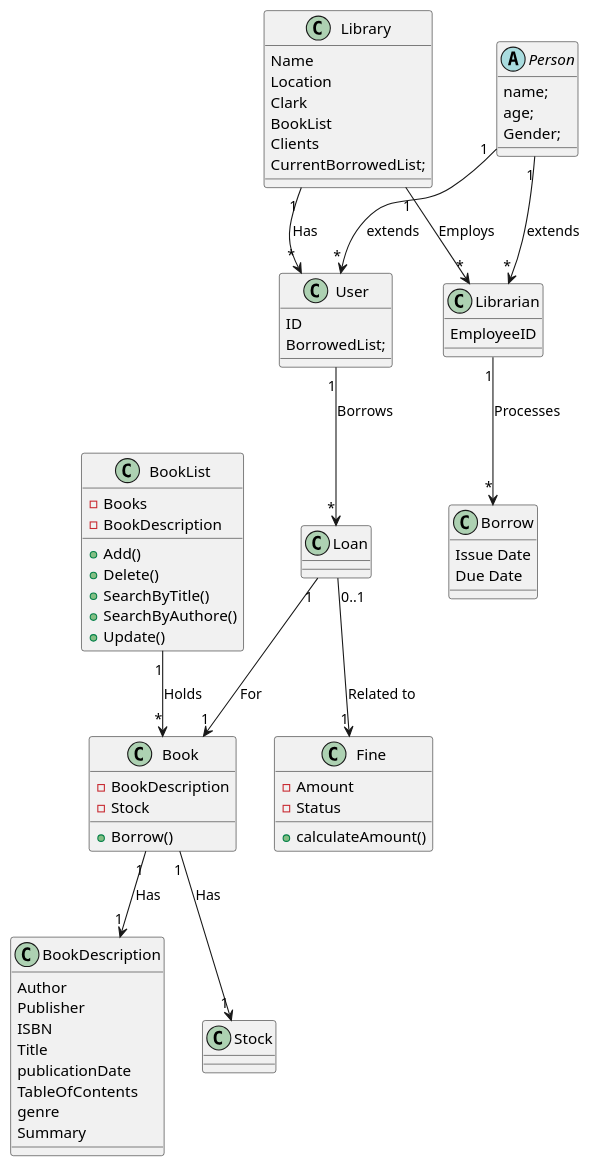
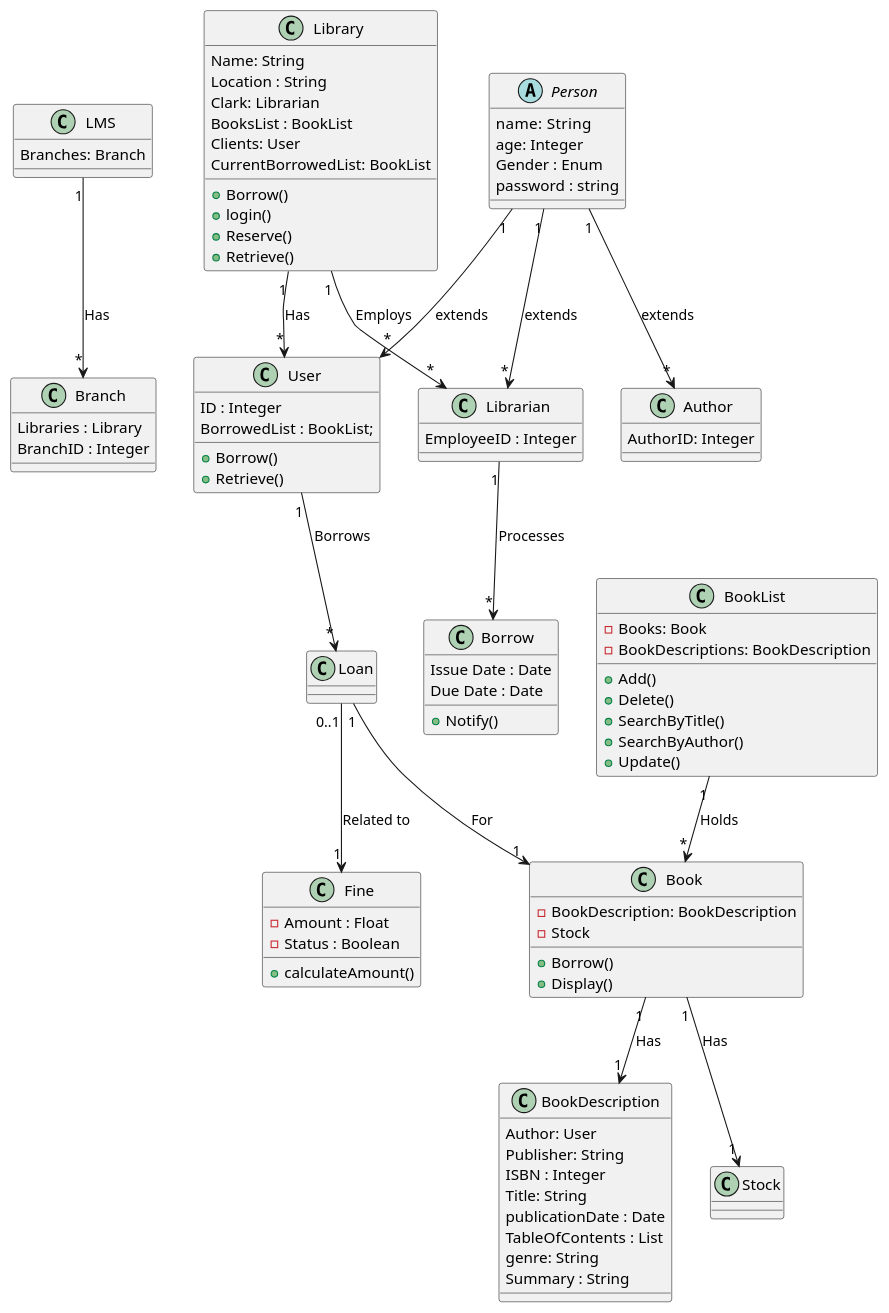
One commit to SalmaAzeem/library-system changed the diagram in diagrams/DCD/DCD.puml. Above: the diagram before and after it, drawn with PlantUML.

Commit message:
Structure modification

```diff
--- a/diagrams/DCD/DCD.puml
+++ b/diagrams/DCD/DCD.puml
@@ -1,74 +1,101 @@
 @startuml
 'https://plantuml.com/class-diagram
-
+class LMS
+{
+Branches: Branch
+}
+class Branch
+{
+ Libraries : Library
+ BranchID : Integer
+}
 class Library {
-  Name
-  Location
-  Clark
-  BookList
-  Clients
-  CurrentBorrowedList;
+  Name: String
+  'Should it be a Library Class cuz it's a physical place?
+  Location : String
+  Clark: Librarian
+  BooksList : BookList
+  Clients: User
+  CurrentBorrowedList: BookList
+   'Takes the info Of the user and the borrowed Books add it to the currentBorrowedBooks
+  + Borrow()
+  + login()
+  + Reserve()
+  + Retrieve()
 }
+'Could have an abstract class to implement the borrow function ?
 class BookList {
-  - Books
-  -BookDescription
+  - Books: Book
+  -BookDescriptions: BookDescription
  + Add()
  + Delete()
  + SearchByTitle()
- + SearchByAuthore()
+ + SearchByAuthor()
  + Update()
 }
 class Book {
- - BookDescription
+ - BookDescription: BookDescription
  - Stock
+ 'Decrement the stock
  + Borrow()
+ + Display()
 
 }
 class BookDescription {
-  Author
-  Publisher
-  ISBN
-  Title
-  publicationDate
-  TableOfContents
-  genre
-  Summary
+  Author: User
+  Publisher: String
+  ISBN : Integer
+  Title: String
+  publicationDate : Date
+  TableOfContents : List
+  genre: String
+  Summary : String
 }
 class User {
-  ID
-  BorrowedList;
-
+  ID : Integer
+  BorrowedList : BookList;
+  'Adds the Book to the user's borrowedList
+  + Borrow()
+  'Remove the book from the user's borrowedList
+  + Retrieve()
 }
-
+'Out of context ?
+class Author{
+AuthorID: Integer
+}
 abstract class Person{
-  name;
-  age;
-  Gender;
+  name:  String
+  age: Integer
+  Gender : Enum
+  password : string
 }
 
 class Librarian {
-     EmployeeID
+     EmployeeID : Integer
 }
 
 class Borrow {
-  Issue Date
-  Due Date
+  Issue Date : Date
+  Due Date : Date
+  + Notify()
 }
 
 class Fine {
-  - Amount
-  - Status
+  - Amount : Float
+  - Status : Boolean
   + calculateAmount()
 }
+LMS "1" --> "*" Branch : Has
 BookList "1" --> "*" Book : Holds
 Book "1" --> "1" BookDescription : Has
 Person "1" -->"*" Librarian : extends
 Person "1" -->"*" User : extends
+Person "1" -->"*" Author : extends
 Library "1" --> "*" User : Has
 Library "1" --> "*" Librarian : Employs
 Book "1" --> "1" Stock : Has
 User "1" --> "*" Loan : Borrows
 Loan "1" --> "1" Book : For
 Loan "0..1" --> "1" Fine : Related to
 Librarian "1" --> "*" Borrow : Processes
 @enduml
```
